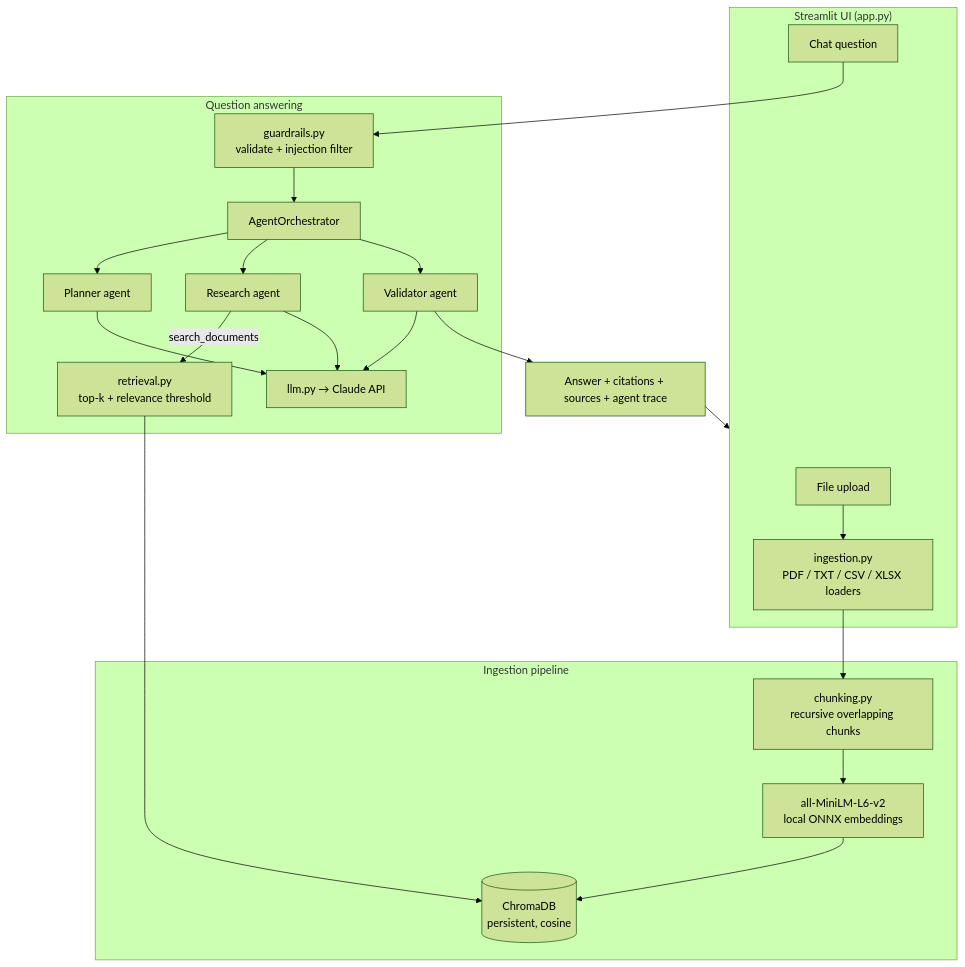
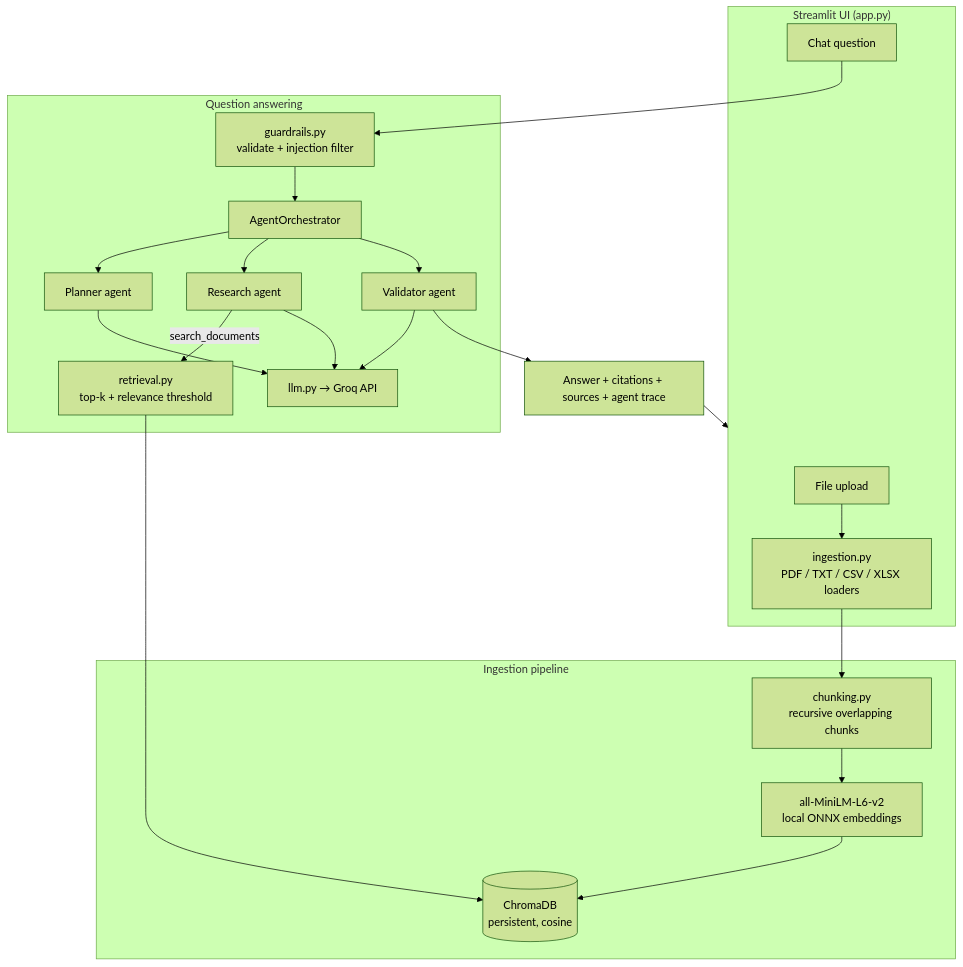
One commit to 0208-ajith/Edureka_Capstone changed the diagram in docs/DOCUMENTATION.md. Above: the diagram before and after it, drawn with Mermaid (forest theme). The commit also changed other lines of this file and 9 other files, not shown here.

First line of the commit message:
Switch LLM inference from Claude to Groq

````diff
--- a/docs/DOCUMENTATION.md
+++ b/docs/DOCUMENTATION.md
@@ -78,27 +77,27 @@
 ```mermaid
 flowchart TB
     subgraph UI["Streamlit UI (app.py)"]
         UP[File upload] --> ING
         Q[Chat question]
     end
 
     subgraph Ingestion["Ingestion pipeline"]
         ING[ingestion.py<br/>PDF / TXT / CSV / XLSX loaders] --> CH[chunking.py<br/>recursive overlapping chunks]
         CH --> EMB[all-MiniLM-L6-v2<br/>local ONNX embeddings]
         EMB --> VS[(ChromaDB<br/>persistent, cosine)]
     end
 
     subgraph QA["Question answering"]
         Q --> GR[guardrails.py<br/>validate + injection filter]
         GR --> ORCH[AgentOrchestrator]
         ORCH --> PL[Planner agent]
         ORCH --> RA[Research agent]
         ORCH --> VA[Validator agent]
         RA -- search_documents --> RET[retrieval.py<br/>top-k + relevance threshold]
         RET --> VS
-        PL & RA & VA --> LLM[llm.py → Claude API]
+        PL & RA & VA --> LLM[llm.py → Groq API]
     end
 
     VA --> OUT[Answer + citations + sources + agent trace]
     OUT --> UI
 ```
````
